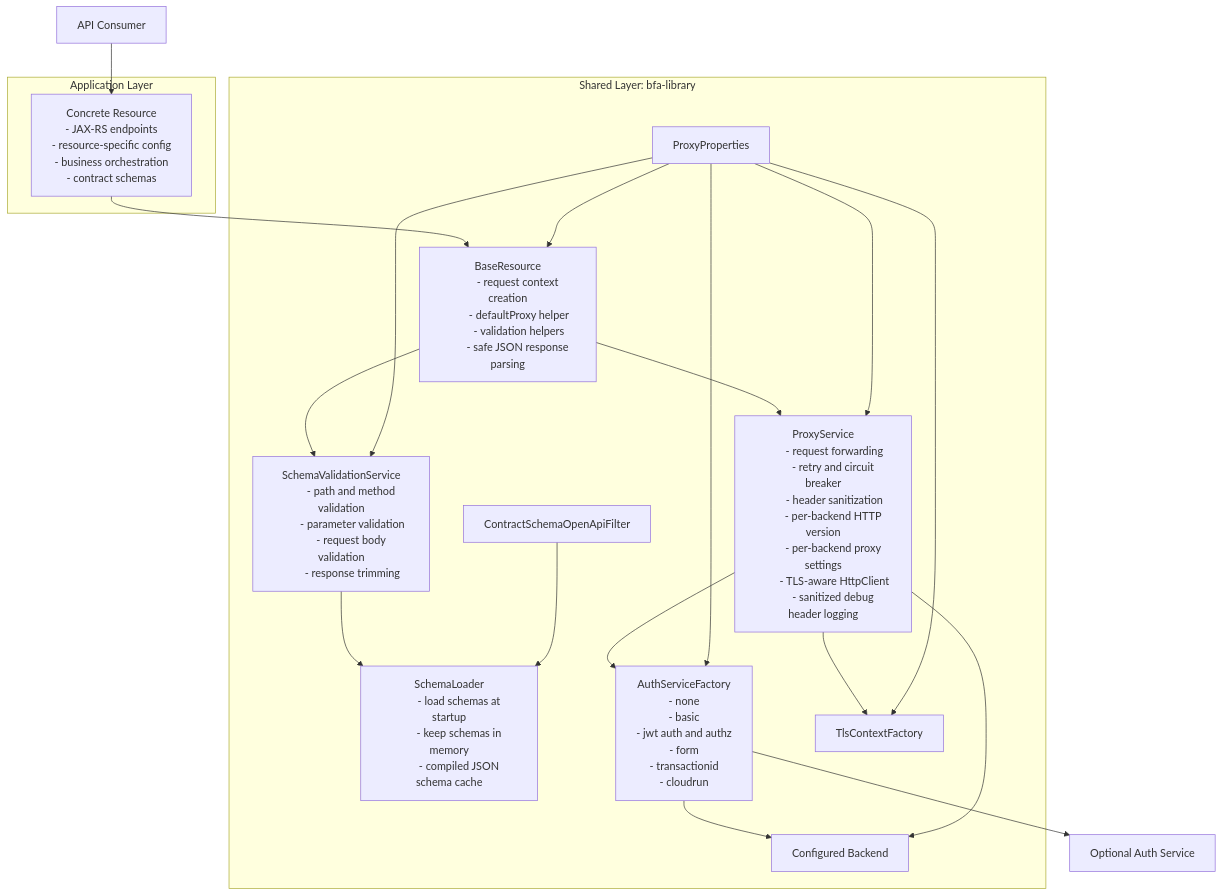
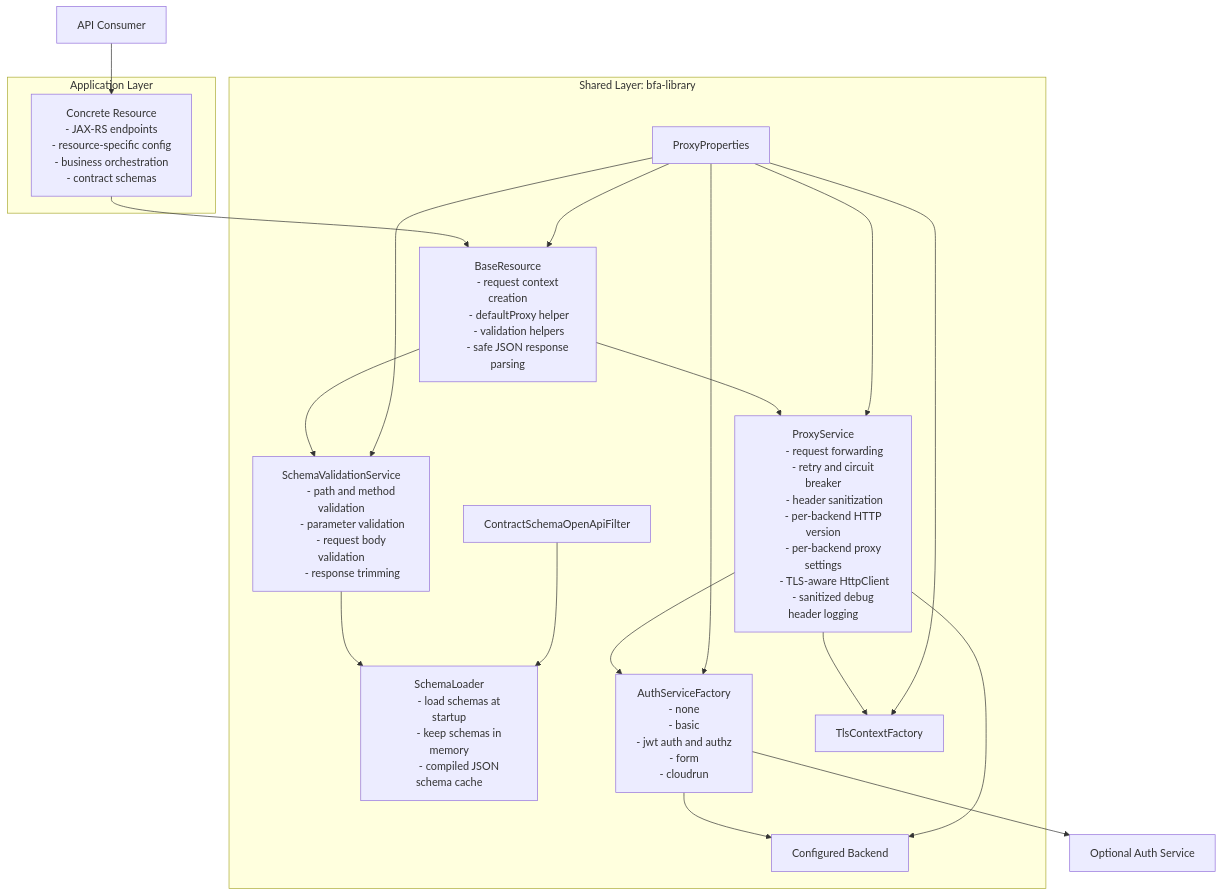
The diagram in library/README.md (cipianpascu/fixture), drawn with Mermaid before and after one commit. The commit also changed other lines of this file and 18 other files, not shown here.

````diff
--- a/library/README.md
+++ b/library/README.md
@@ -22,75 +22,74 @@
 ```mermaid
 flowchart TD
     A[API Consumer] --> B[Concrete Resource in application module]
 
     subgraph APP[Application Layer]
         B[Concrete Resource
         - JAX-RS endpoints
         - resource-specific config
         - business orchestration
         - contract schemas]
     end
 
     subgraph LIB[Shared Layer: bfa-library]
         C[BaseResource
         - request context creation
         - defaultProxy helper
         - validation helpers
         - safe JSON response parsing]
 
         D[SchemaValidationService
         - path and method validation
         - parameter validation
         - request body validation
         - response trimming]
 
         E[SchemaLoader
         - load schemas at startup
         - keep schemas in memory
         - compiled JSON schema cache]
 
         F[ProxyService
         - request forwarding
         - retry and circuit breaker
         - header sanitization
         - per-backend HTTP version
         - per-backend proxy settings
         - TLS-aware HttpClient
         - sanitized debug header logging]
 
         G[AuthServiceFactory
         - none
         - basic
         - jwt auth and authz
         - form
-        - transactionid
         - cloudrun]
 
         K[AuthServiceCaller
         - shared auth and authz transport
         - JSON and form posts
         - Cloud Run auth-service identity
         - auth-service TLS]
 
         H[TlsContextFactory]
         I[ContractSchemaOpenApiFilter]
         J[ProxyProperties]
     end
 
     B --> C
     C --> D
     C --> F
     D --> E
     F --> G
     F --> H
     G --> K
     I --> E
     J --> C
     J --> D
     J --> F
     J --> G
     J --> H
 
     F --> K[Configured Backend]
     G --> L[Optional Auth Service]
 ```
````
